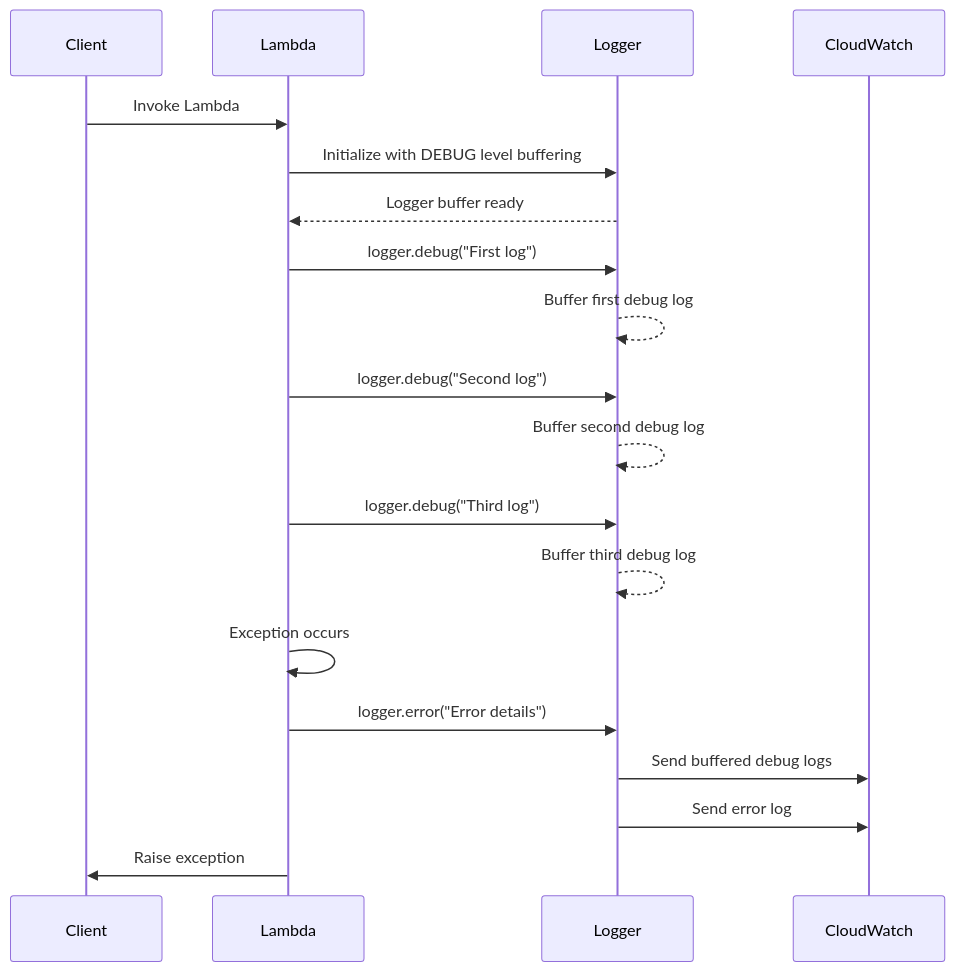
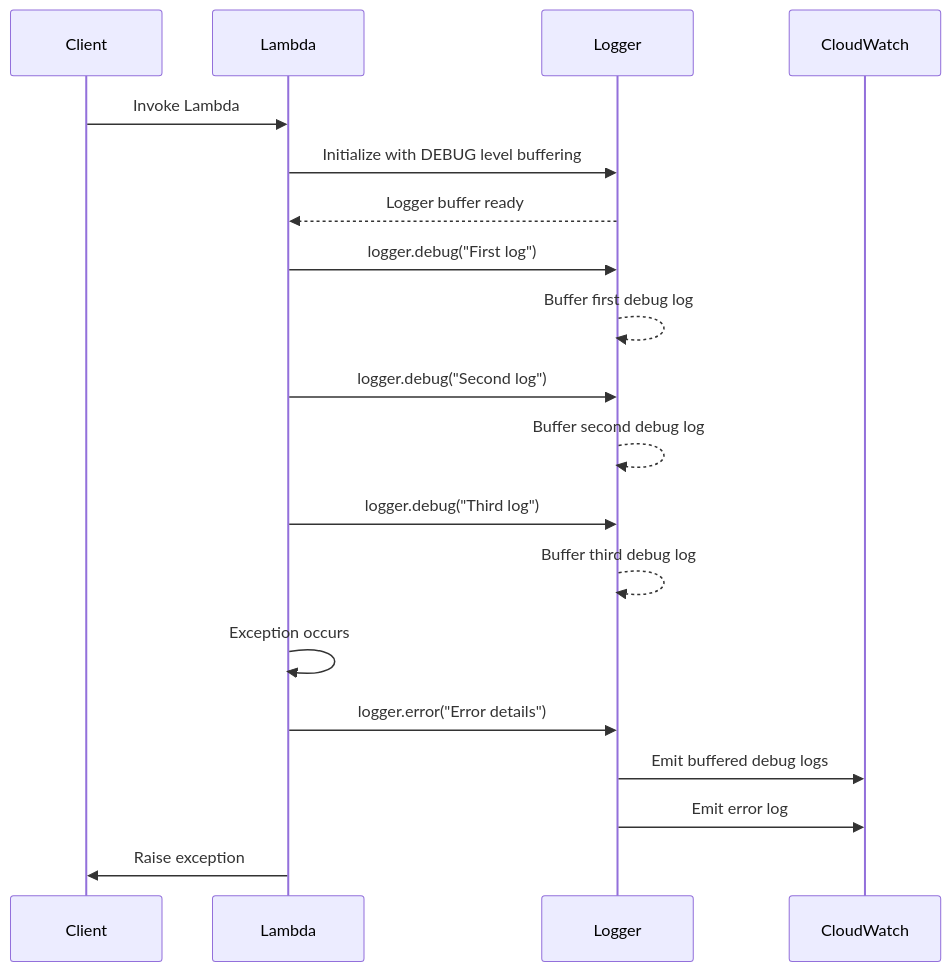
Before and after one commit to aws-powertools/powertools-lambda-python: the third of 5 diagrams in docs/core/logger.md, drawn with Mermaid. The commit also changed other lines of this file and 1 other file, not shown here.

````diff
--- a/docs/core/logger.md
+++ b/docs/core/logger.md
@@ -616,21 +616,21 @@
 ```mermaid
 sequenceDiagram
     participant Client
     participant Lambda
     participant Logger
     participant CloudWatch
     Client->>Lambda: Invoke Lambda
     Lambda->>Logger: Initialize with DEBUG level buffering
     Logger-->>Lambda: Logger buffer ready
     Lambda->>Logger: logger.debug("First log")
     Logger-->>Logger: Buffer first debug log
     Lambda->>Logger: logger.debug("Second log")
     Logger-->>Logger: Buffer second debug log
     Lambda->>Logger: logger.debug("Third log")
     Logger-->>Logger: Buffer third debug log
     Lambda->>Lambda: Exception occurs
     Lambda->>Logger: logger.error("Error details")
-    Logger->>CloudWatch: Send buffered debug logs
-    Logger->>CloudWatch: Send error log
+    Logger->>CloudWatch: Emit buffered debug logs
+    Logger->>CloudWatch: Emit error log
     Lambda->>Client: Raise exception
 ```
````
